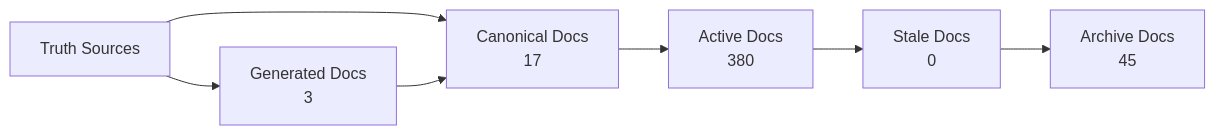
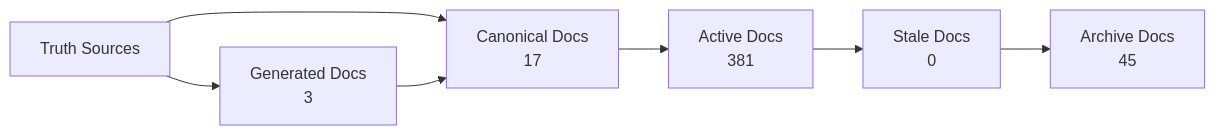
Before and after one commit to Latimer-Woods-Tech/Factory: the diagram in docs/_generated/docs-trust-map.md, drawn with Mermaid. The commit also changed 4 other files, not shown here.

````diff
--- a/docs/_generated/docs-trust-map.md
+++ b/docs/_generated/docs-trust-map.md
@@ -20,14 +20,14 @@
 ```mermaid
 flowchart LR
   truth["Truth Sources"] --> canonical["Canonical Docs"]
   canonical --> active["Active Docs"]
   active --> stale["Stale Docs"]
   stale --> archive["Archive Docs"]
   canonical["Canonical Docs\n17"]
-  active["Active Docs\n380"]
+  active["Active Docs\n381"]
   stale["Stale Docs\n0"]
   archive["Archive Docs\n45"]
   generated["Generated Docs\n3"]
   truth --> generated
   generated --> canonical
 ```
````
